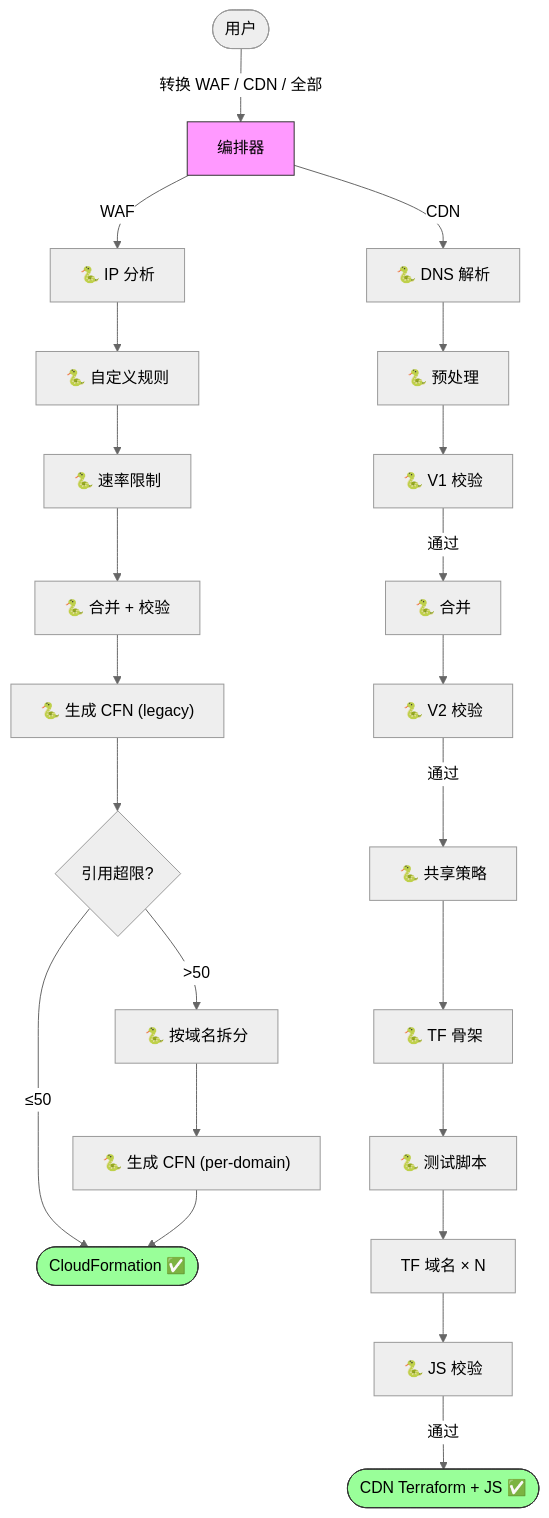
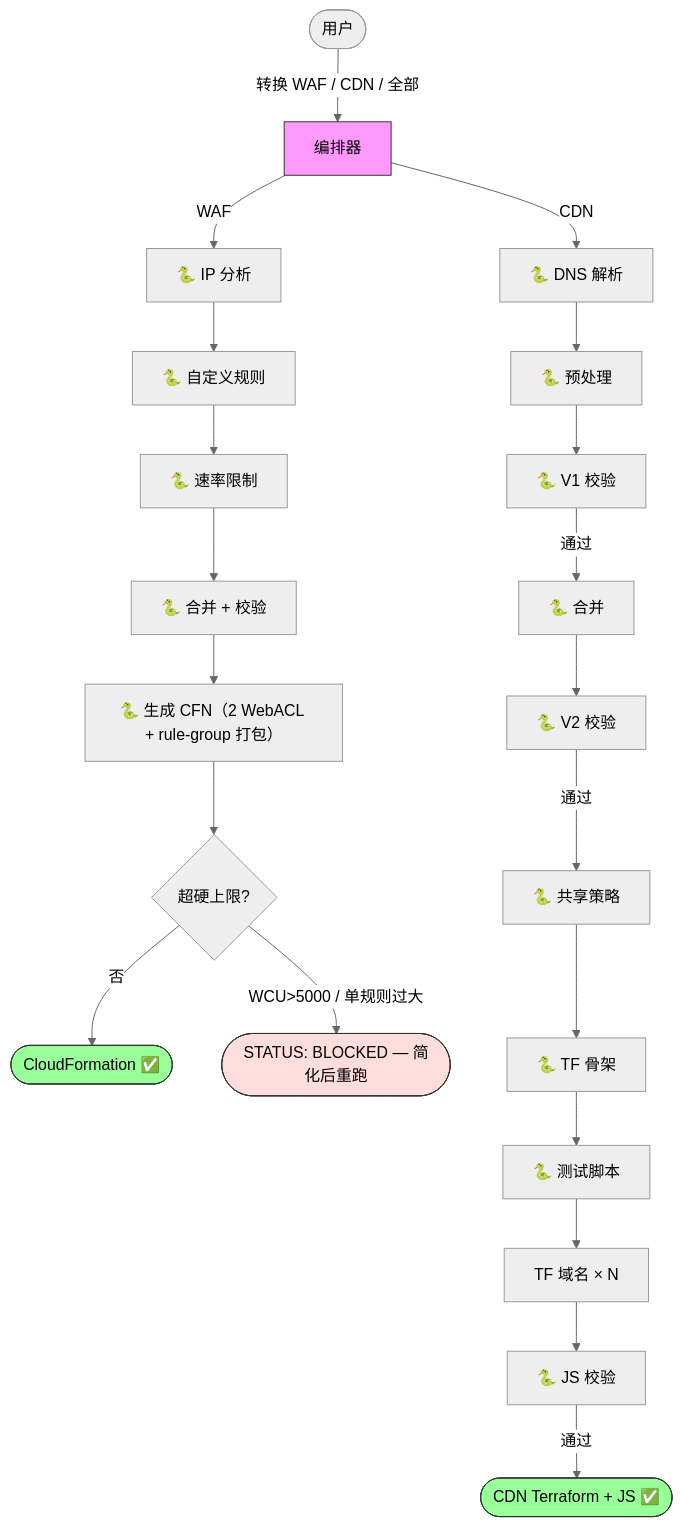
The diagram in README_CN.md (chenghit/cloudflare-aws-edge-config-converter), drawn with Mermaid (neutral theme) before and after one commit. The commit also changed other lines of this file and 13 other files, not shown here.

First line of the commit message:
docs: sync WAF docs with the packer/WCU/BLOCKED changes; stop citing the external backup repo

````diff
--- a/README_CN.md
+++ b/README_CN.md
@@ -76,23 +76,24 @@
 ```mermaid
 flowchart TD
     User([用户]) -->|"转换 WAF / CDN / 全部"| Main["编排器"]
 
-    Main -->|WAF| WAF_A1["🐍 IP 分析"] --> WAF_A2["🐍 自定义规则"] --> WAF_A3["🐍 速率限制"] --> WAF_M["🐍 合并 + 校验"] --> WAF_G["🐍 生成 CFN (legacy)"] --> WAF_C{引用超限?}
-    WAF_C -->|"≤50"| WAF_Done([CloudFormation ✅])
-    WAF_C -->|">50"| WAF_SP["🐍 按域名拆分"] --> WAF_GP["🐍 生成 CFN (per-domain)"] --> WAF_Done
+    Main -->|WAF| WAF_A1["🐍 IP 分析"] --> WAF_A2["🐍 自定义规则"] --> WAF_A3["🐍 速率限制"] --> WAF_M["🐍 合并 + 校验"] --> WAF_G["🐍 生成 CFN（2 WebACL + rule-group 打包）"] --> WAF_C{超硬上限?}
+    WAF_C -->|"否"| WAF_Done([CloudFormation ✅])
+    WAF_C -->|"WCU>5000 / 单规则过大"| WAF_B([STATUS: BLOCKED — 简化后重跑])
 
     Main -->|CDN| CDN1["🐍 DNS 解析"] --> CDN3["🐍 预处理"]
     CDN3 --> CDN4["🐍 V1 校验"]
     CDN4 -->|通过| CDN5["🐍 合并"]
     CDN5 --> CDN6["🐍 V2 校验"]
     CDN6 -->|通过| CDN7["🐍 共享策略"]
     CDN7 --> CDN75["🐍 TF 骨架"]
     CDN75 --> CDN76["🐍 测试脚本"]
     CDN76 --> CDN8["TF 域名 × N"]
     CDN8 --> CDN9["🐍 JS 校验"]
     CDN9 -->|通过| CDN_Done([CDN Terraform + JS ✅])
 
     style Main fill:#f9f,stroke:#333
     style WAF_Done fill:#9f9,stroke:#333
+    style WAF_B fill:#fdd,stroke:#333
     style CDN_Done fill:#9f9,stroke:#333
 ```
````
